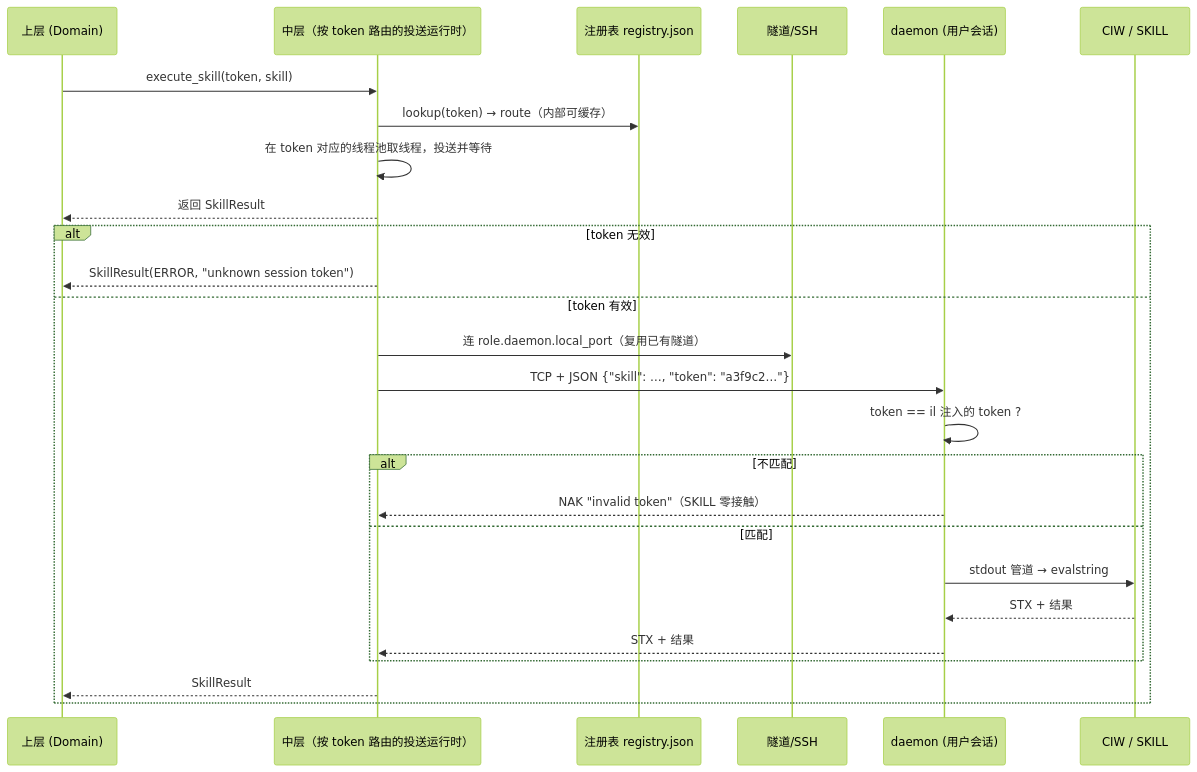
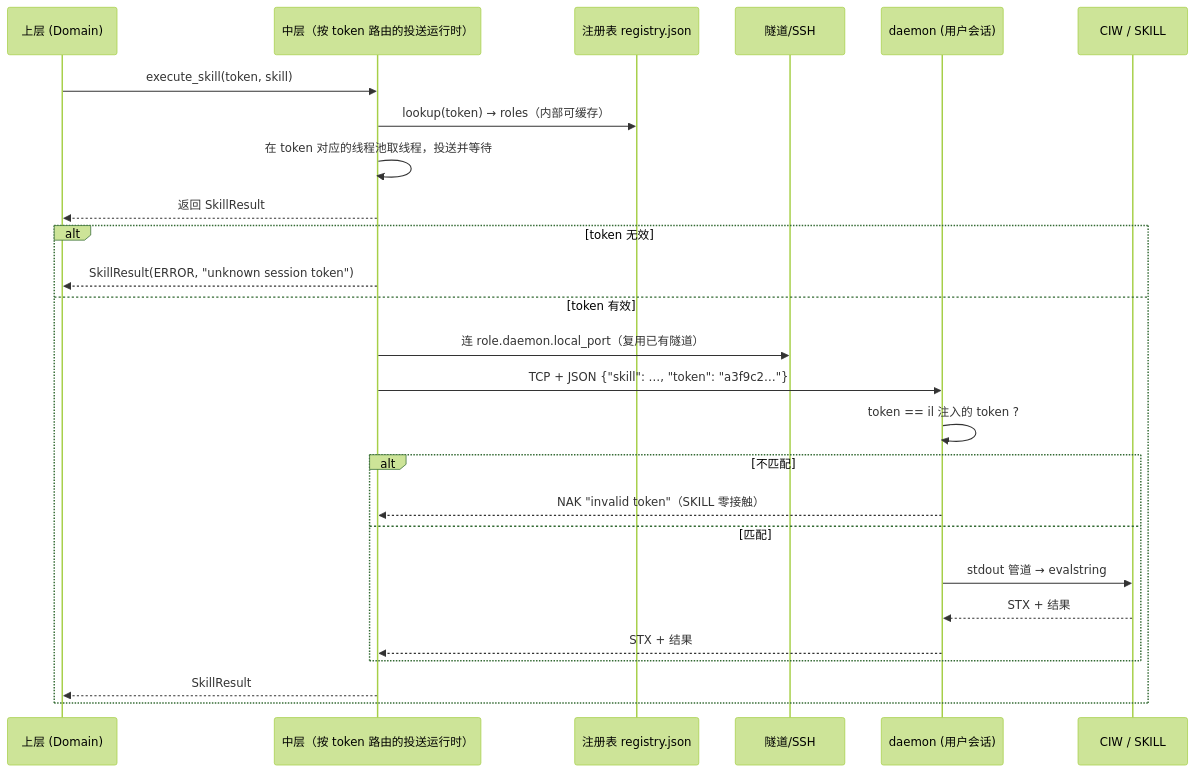
Before and after one commit to GentLau/virtuoso-bridge-NCS: the second of 2 diagrams in spec/design-concepts/底层与中层/多用户设计.md, drawn with Mermaid (forest theme). The commit also changed other lines of this file and 3 other files, not shown here.

Commit message:
spec: rename environment.remote_python -> role.daemon.python; rename registry container route -> roles; align naming with per-role model

````diff
--- a/spec/design-concepts/底层与中层/多用户设计.md
+++ b/spec/design-concepts/底层与中层/多用户设计.md
@@ -247,29 +247,29 @@
 ```mermaid
 sequenceDiagram
     participant U as 上层 (Domain)
     participant M as 中层（按 token 路由的投送运行时）
     participant R as 注册表 registry.json
     participant T as 隧道/SSH
     participant D as daemon (用户会话)
     participant S as CIW / SKILL
 
     U->>M: execute_skill(token, skill)
-    M->>R: lookup(token) → route（内部可缓存）
+    M->>R: lookup(token) → roles（内部可缓存）
     M->>M: 在 token 对应的线程池取线程，投送并等待
     M-->>U: 返回 SkillResult
     alt token 无效
         M-->>U: SkillResult(ERROR, "unknown session token")
     else token 有效
         M->>T: 连 role.daemon.local_port（复用已有隧道）
         M->>D: TCP + JSON {"skill": …, "token": "a3f9c2…"}
         D->>D: token == il 注入的 token ?
         alt 不匹配
             D-->>M: NAK "invalid token"（SKILL 零接触）
         else 匹配
             D->>S: stdout 管道 → evalstring
             S-->>D: STX + 结果
             D-->>M: STX + 结果
         end
         M-->>U: SkillResult
     end
 ```
````
